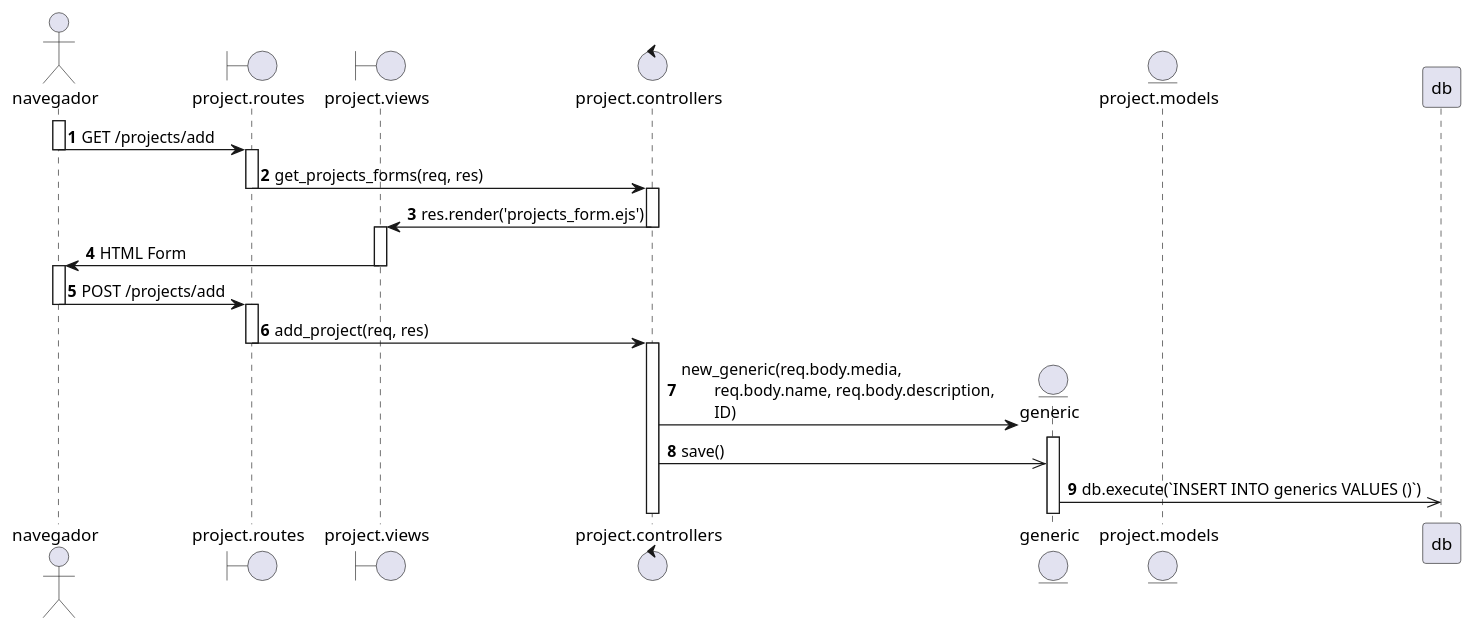
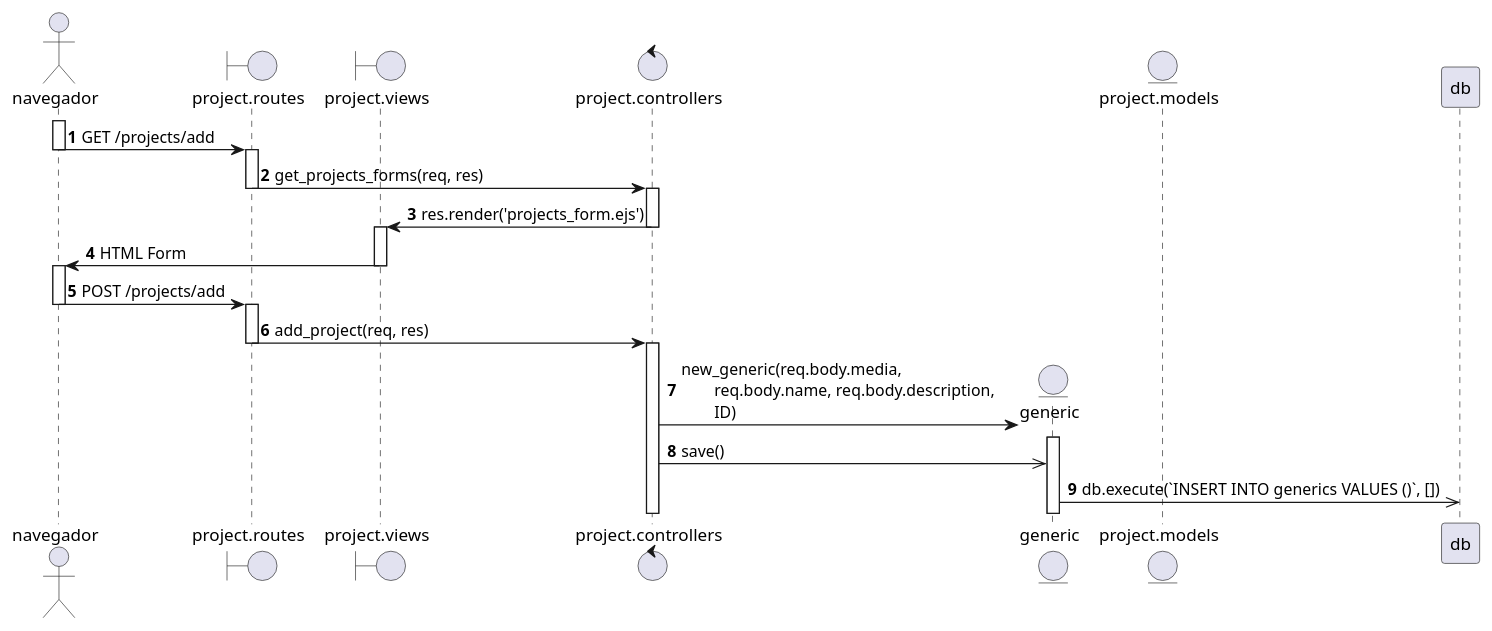
Before and after one commit to YaelChar417/portfolio: the diagram in Diagramas/Secuencia/CU07_A_Registrar_proyecto.puml, drawn with PlantUML. The commit also changed 2 other files, not shown here.

```diff
--- a/Diagramas/Secuencia/CU07_A_Registrar_proyecto.puml
+++ b/Diagramas/Secuencia/CU07_A_Registrar_proyecto.puml
@@ -1,47 +1,47 @@
 @startuml 
 
 autonumber
 
 actor navegador as nav
 boundary "project.routes" as routes
 boundary "project.views" as view
 control "project.controllers" as controller
 
 
 activate nav
 nav -> routes: GET /projects/add
 deactivate nav
 
 activate routes
 routes -> controller: get_projects_forms(req, res)
 deactivate routes
 
 activate controller
 controller -> view: res.render('projects_form.ejs')
 deactivate controller
 
 activate view
 view -> nav: HTML Form
 deactivate view
 
 activate nav
 nav -> routes: POST /projects/add
 deactivate nav
 
 activate routes
 routes -> controller: add_project(req, res)
 deactivate routes
 
 activate controller
     create entity generic
 controller -> generic: new_generic(req.body.media, \n\treq.body.name, req.body.description, \n\tID)
 
 activate generic
 controller ->> generic: save()
 
-generic ->> db: db.execute(`INSERT INTO generics VALUES ()`)
+generic ->> db: db.execute(`INSERT INTO generics VALUES ()`, [])
 
 entity "project.models" as model
 database portfolio as db 
 
 @enduml
```
